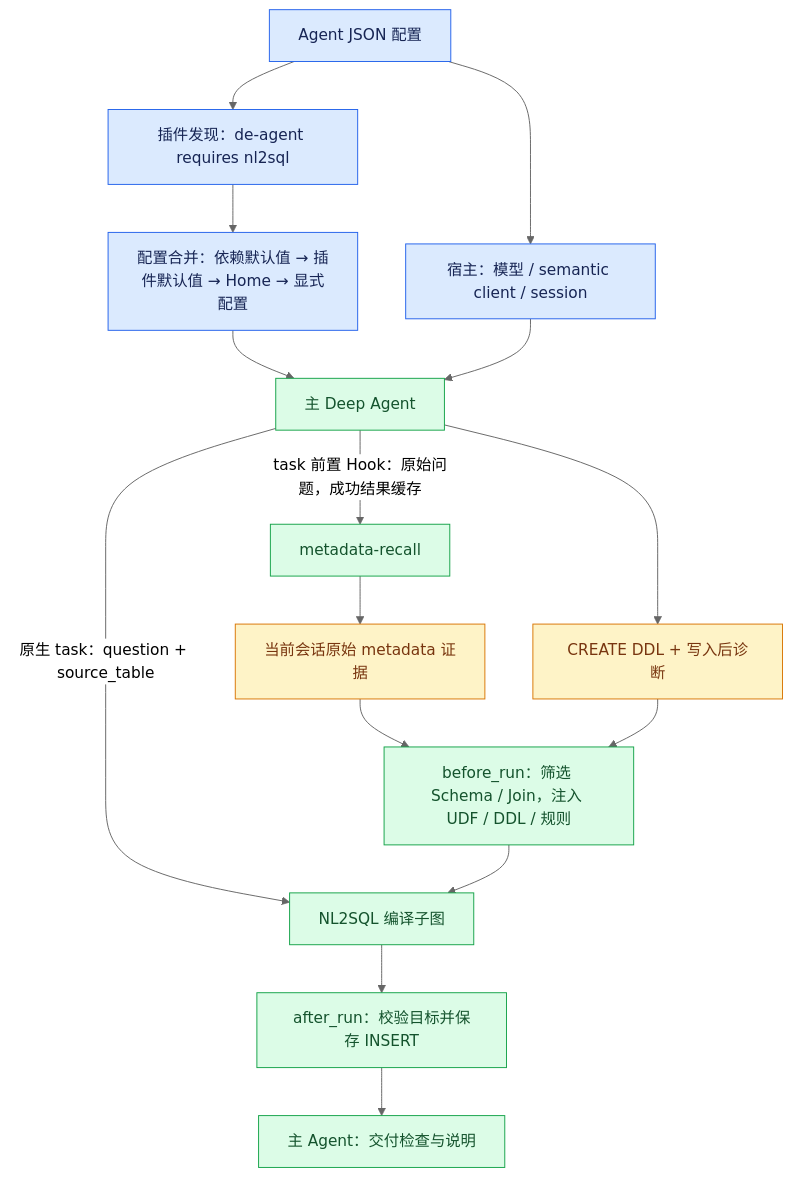
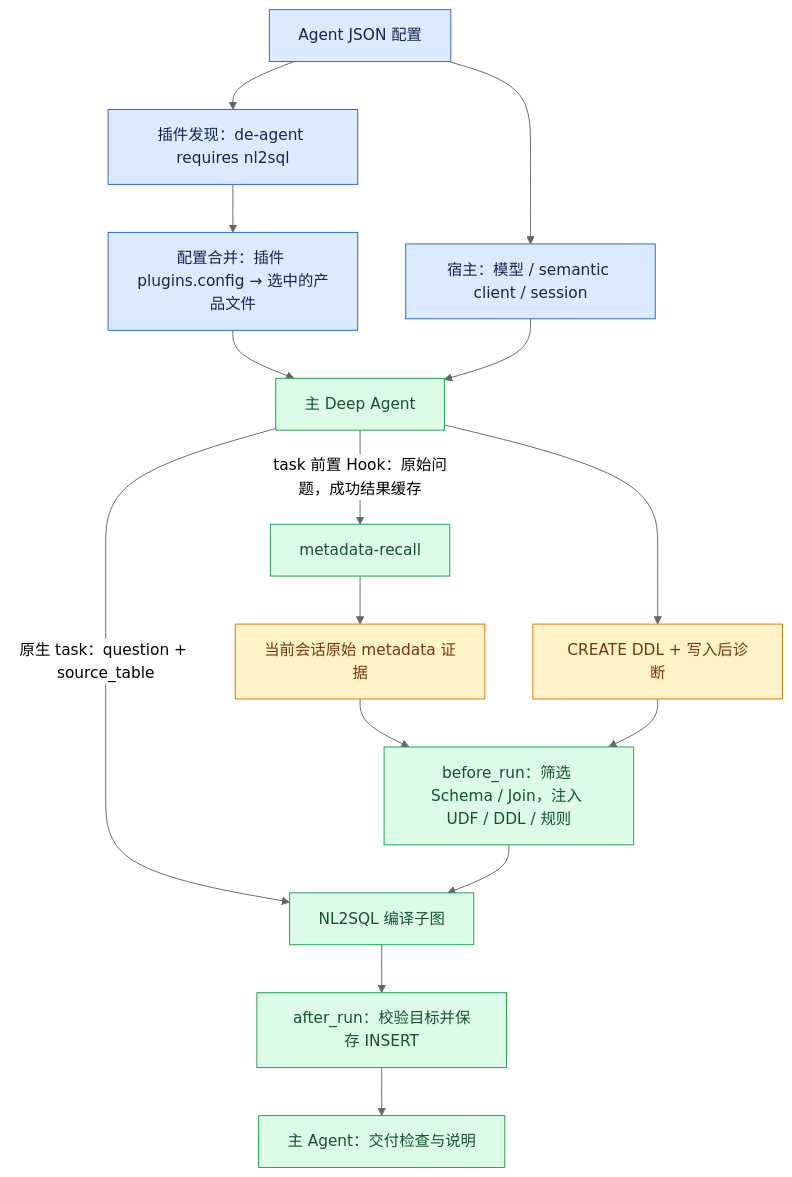
One commit to datagallery-ai/dataagent changed the diagram in runtime/agentkit/docs/de-agent-migration.md. Above: the diagram before and after it, drawn with Mermaid (neutral theme). The commit also changed 67 other files, not shown here.

````diff
--- a/runtime/agentkit/docs/de-agent-migration.md
+++ b/runtime/agentkit/docs/de-agent-migration.md
@@ -9,23 +9,23 @@
 ```mermaid
 flowchart TB
     C["Agent JSON 配置"] --> H["宿主：模型 / semantic client / session"]
     C --> P["插件发现：de-agent requires nl2sql"]
-    P --> M["配置合并：依赖默认值 → 插件默认值 → Home → 显式配置"]
+    P --> M["配置合并：插件 plugins.config → 选中的产品文件"]
     M --> A["主 Deep Agent"]
     H --> A
     A -->|"task 前置 Hook：原始问题，成功结果缓存"| R["metadata-recall"]
     R --> E["当前会话原始 metadata 证据"]
     A --> D["CREATE DDL + 写入后诊断"]
     A -->|"原生 task：question + source_table"| N["NL2SQL 编译子图"]
     E --> I["before_run：筛选 Schema / Join，注入 UDF / DDL / 规则"]
     D --> I
     I --> N
     N --> O["after_run：校验目标并保存 INSERT"]
     O --> V["主 Agent：交付检查与说明"]
     classDef host fill:#dbeafe,stroke:#2563eb,color:#172554
     classDef business fill:#dcfce7,stroke:#16a34a,color:#14532d
     classDef artifact fill:#fef3c7,stroke:#d97706,color:#78350f
     class C,H,P,M host
     class A,R,I,N,O,V business
     class E,D artifact
 ```
````
